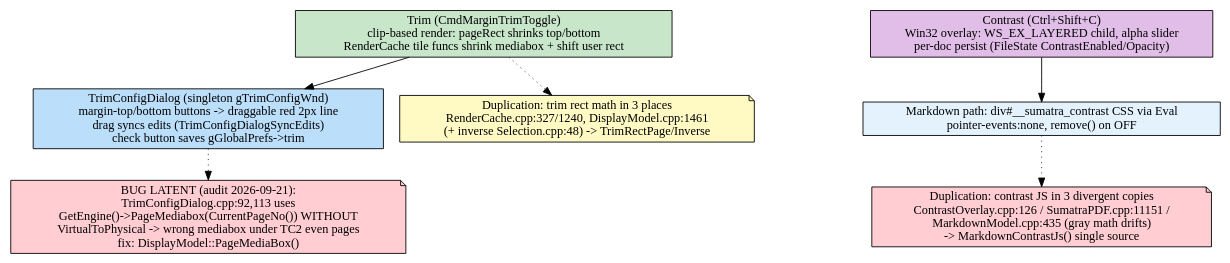
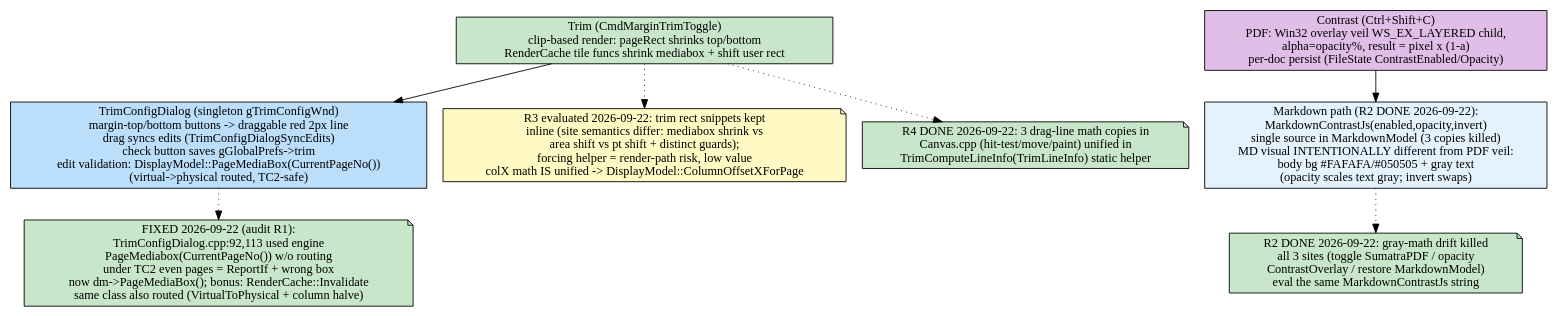
One commit to FelipeTesta/TumatraPDF changed the diagram in FLOW/trim-contrast.dot. Above: the diagram before and after it, drawn with Graphviz. The commit also changed 22 other files, not shown here.

```diff
--- a/FLOW/trim-contrast.dot
+++ b/FLOW/trim-contrast.dot
@@ -1,19 +1,21 @@
 digraph TrimContrast {
     rankdir=TB;
     node [shape=box, style=rounded];
 
     trim [label="Trim (CmdMarginTrimToggle)\nclip-based render: pageRect shrinks top/bottom\nRenderCache tile funcs shrink mediabox + shift user rect", fillcolor="#c8e6c9", style=filled];
-    trimdlg [label="TrimConfigDialog (singleton gTrimConfigWnd)\nmargin-top/bottom buttons -> draggable red 2px line\ndrag syncs edits (TrimConfigDialogSyncEdits)\ncheck button saves gGlobalPrefs->trim", fillcolor="#bbdefb", style=filled];
-    trimbug [label="BUG LATENT (audit 2026-09-21):\nTrimConfigDialog.cpp:92,113 uses\nGetEngine()->PageMediabox(CurrentPageNo()) WITHOUT\nVirtualToPhysical -> wrong mediabox under TC2 even pages\nfix: DisplayModel::PageMediaBox()", shape=note, fillcolor="#ffcdd2", style=filled];
-    trimdup [label="Duplication: trim rect math in 3 places\nRenderCache.cpp:327/1240, DisplayModel.cpp:1461\n(+ inverse Selection.cpp:48) -> TrimRectPage/Inverse", shape=note, fillcolor="#fff9c4", style=filled];
+    trimdlg [label="TrimConfigDialog (singleton gTrimConfigWnd)\nmargin-top/bottom buttons -> draggable red 2px line\ndrag syncs edits (TrimConfigDialogSyncEdits)\ncheck button saves gGlobalPrefs->trim\nedit validation: DisplayModel::PageMediaBox(CurrentPageNo())\n(virtual->physical routed, TC2-safe)", fillcolor="#bbdefb", style=filled];
+    trimbug [label="FIXED 2026-09-22 (audit R1):\nTrimConfigDialog.cpp:92,113 used engine\nPageMediabox(CurrentPageNo()) w/o routing\nunder TC2 even pages = ReportIf + wrong box\nnow dm->PageMediaBox(); bonus: RenderCache::Invalidate\nsame class also routed (VirtualToPhysical + column halve)", shape=note, fillcolor="#c8e6c9", style=filled];
+    trimdup [label="R3 evaluated 2026-09-22: trim rect snippets kept\ninline (site semantics differ: mediabox shrink vs\narea shift vs pt shift + distinct guards);\nforcing helper = render-path risk, low value\ncolX math IS unified -> DisplayModel::ColumnOffsetXForPage", shape=note, fillcolor="#fff9c4", style=filled];
+    trimlines [label="R4 DONE 2026-09-22: 3 drag-line math copies in\nCanvas.cpp (hit-test/move/paint) unified in\nTrimComputeLineInfo(TrimLineInfo) static helper", shape=note, fillcolor="#c8e6c9", style=filled];
 
-    contrast [label="Contrast (Ctrl+Shift+C)\nWin32 overlay: WS_EX_LAYERED child, alpha slider\nper-doc persist (FileState ContrastEnabled/Opacity)", fillcolor="#e1bee7", style=filled];
-    cmd [label="Markdown path: div#__sumatra_contrast CSS via Eval\npointer-events:none, remove() on OFF", fillcolor="#e3f2fd", style=filled];
-    contrastdup [label="Duplication: contrast JS in 3 divergent copies\nContrastOverlay.cpp:126 / SumatraPDF.cpp:11151 /\nMarkdownModel.cpp:435 (gray math drifts)\n-> MarkdownContrastJs() single source", shape=note, fillcolor="#ffcdd2", style=filled];
+    contrast [label="Contrast (Ctrl+Shift+C)\nPDF: Win32 overlay veil WS_EX_LAYERED child,\nalpha=opacity%, result = pixel x (1-a)\nper-doc persist (FileState ContrastEnabled/Opacity)", fillcolor="#e1bee7", style=filled];
+    cmd [label="Markdown path (R2 DONE 2026-09-22):\nMarkdownContrastJs(enabled,opacity,invert)\nsingle source in MarkdownModel (3 copies killed)\nMD visual INTENTIONALLY different from PDF veil:\nbody bg #FAFAFA/#050505 + gray text\n(opacity scales text gray; invert swaps)", fillcolor="#e3f2fd", style=filled];
+    contrastdup [label="R2 DONE 2026-09-22: gray-math drift killed\nall 3 sites (toggle SumatraPDF / opacity\nContrastOverlay / restore MarkdownModel)\neval the same MarkdownContrastJs string", shape=note, fillcolor="#c8e6c9", style=filled];
 
     trim -> trimdlg;
     trimdlg -> trimbug [style=dotted];
     trim -> trimdup [style=dotted];
+    trim -> trimlines [style=dotted];
     contrast -> cmd;
     cmd -> contrastdup [style=dotted];
 }
```
